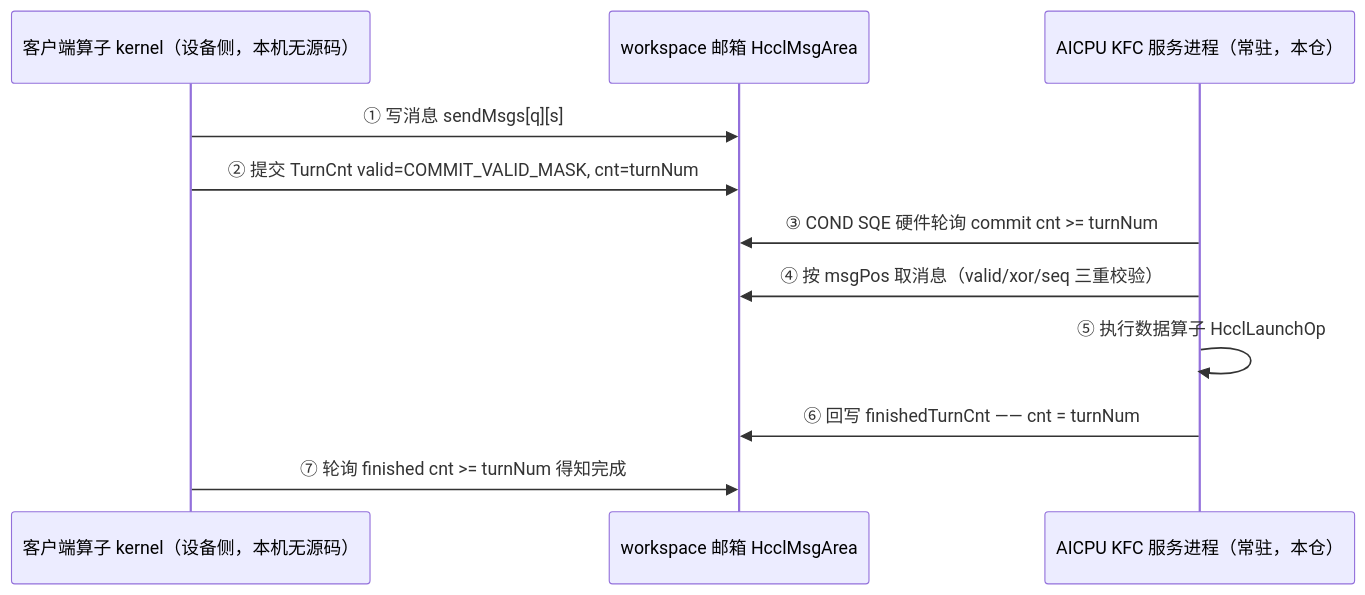
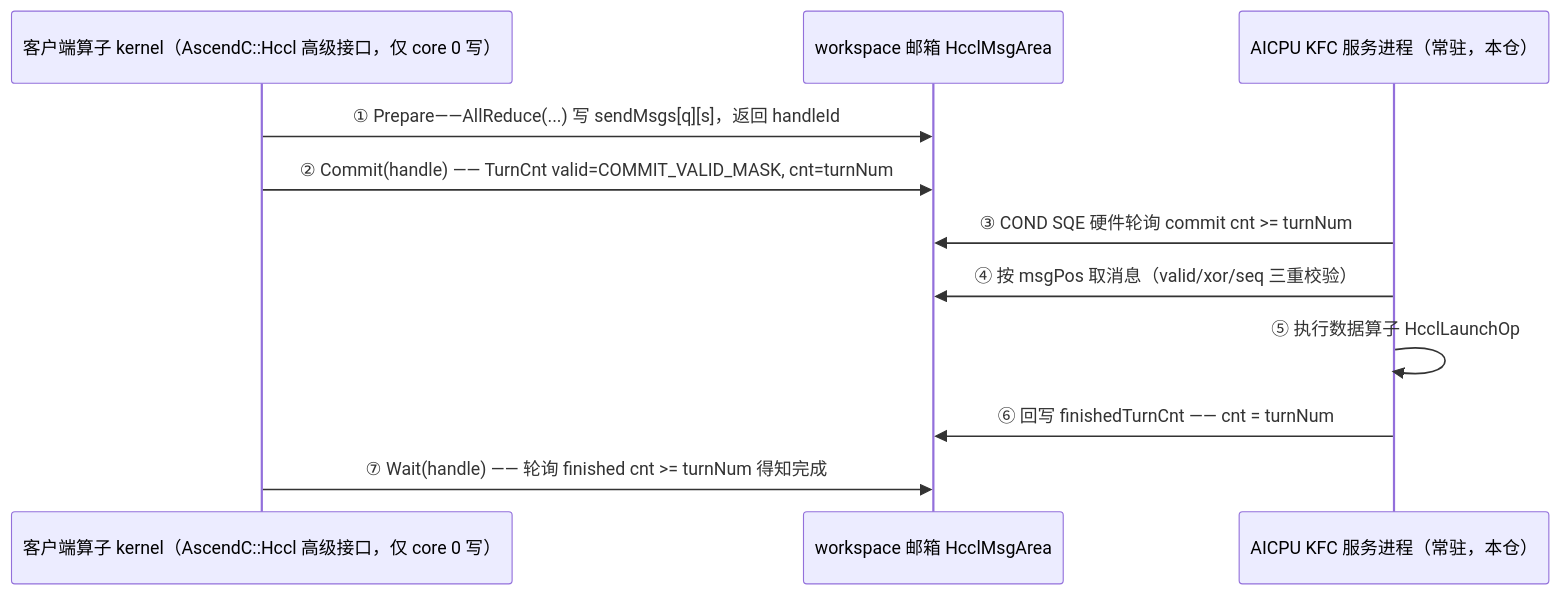
One commit to 10wvw01/memfabric_hybrid changed the second of 3 diagrams in docs/310p/hcomm-GM标志消息同步机制.md. Above: the diagram before and after it, drawn with Mermaid. The commit also changed other lines of this file, not shown here.

Commit message:
docs(310p): 补设备侧高级接口(Hccl类)——Init/Prepare/Commit/Wait五步、句柄映射邮箱字段、仅core0写邮箱的生产者纪律、repeat语义

````diff
--- a/docs/310p/hcomm-GM标志消息同步机制.md
+++ b/docs/310p/hcomm-GM标志消息同步机制.md
@@ -216,13 +245,13 @@
 ```mermaid
 sequenceDiagram
-    participant C as 客户端算子 kernel（设备侧，本机无源码）
+    participant C as 客户端算子 kernel（AscendC::Hccl 高级接口，仅 core 0 写）
     participant W as workspace 邮箱 HcclMsgArea
     participant S as AICPU KFC 服务进程（常驻，本仓）
-    C->>W: ① 写消息 sendMsgs[q][s]
-    C->>W: ② 提交 TurnCnt valid=COMMIT_VALID_MASK, cnt=turnNum
+    C->>W: ① Prepare——AllReduce(...) 写 sendMsgs[q][s]，返回 handleId
+    C->>W: ② Commit(handle) —— TurnCnt valid=COMMIT_VALID_MASK, cnt=turnNum
     S->>W: ③ COND SQE 硬件轮询 commit cnt >= turnNum
     S->>W: ④ 按 msgPos 取消息（valid/xor/seq 三重校验）
     S->>S: ⑤ 执行数据算子 HcclLaunchOp
     S->>W: ⑥ 回写 finishedTurnCnt —— cnt = turnNum
-    C->>W: ⑦ 轮询 finished cnt >= turnNum 得知完成
+    C->>W: ⑦ Wait(handle) —— 轮询 finished cnt >= turnNum 得知完成
 ```
````
